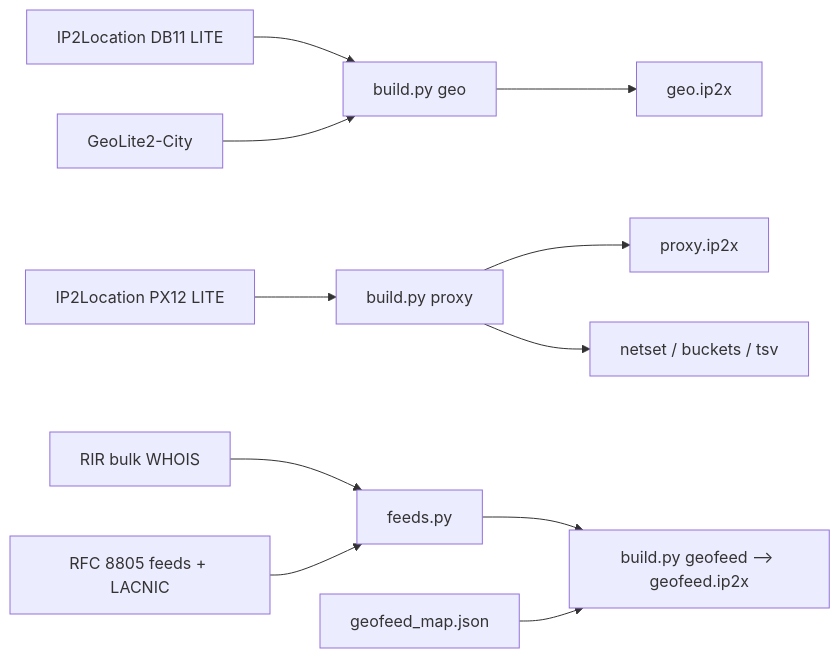
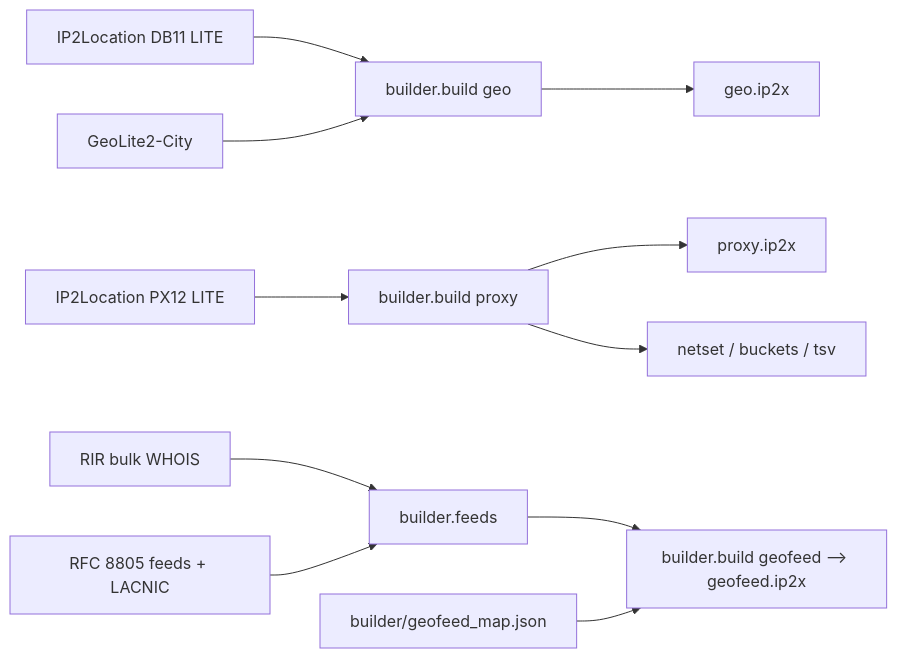
Before and after one commit to tn3w/IP2X: the diagram in README.md, drawn with Mermaid. The commit also changed other lines of this file and 11 other files, not shown here.

````diff
--- a/README.md
+++ b/README.md
@@ -318,13 +322,13 @@
 ```mermaid
 flowchart LR
-    D1[IP2Location DB11 LITE] --> G[build.py geo]
+    D1[IP2Location DB11 LITE] --> G[builder.build geo]
     D2[GeoLite2-City] --> G
     G --> GB[geo.ip2x]
-    D3[IP2Location PX12 LITE] --> P[build.py proxy]
+    D3[IP2Location PX12 LITE] --> P[builder.build proxy]
     P --> PB[proxy.ip2x]
     P --> V[netset / buckets / tsv]
-    D4[RIR bulk WHOIS] --> F[feeds.py]
+    D4[RIR bulk WHOIS] --> F[builder.feeds]
     D5[RFC 8805 feeds + LACNIC] --> F
-    F --> FB[build.py geofeed --> geofeed.ip2x]
-    D6[geofeed_map.json] --> FB
+    F --> FB[builder.build geofeed --> geofeed.ip2x]
+    D6[builder/geofeed_map.json] --> FB
 ```
````
